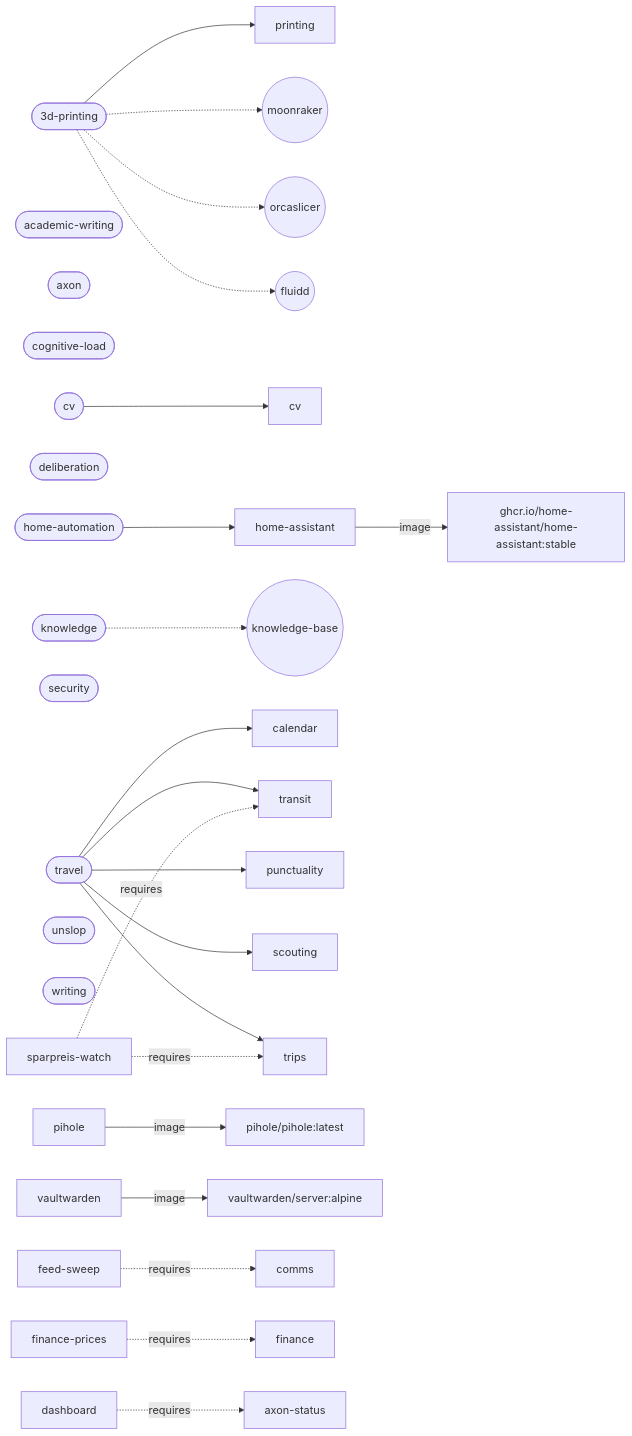
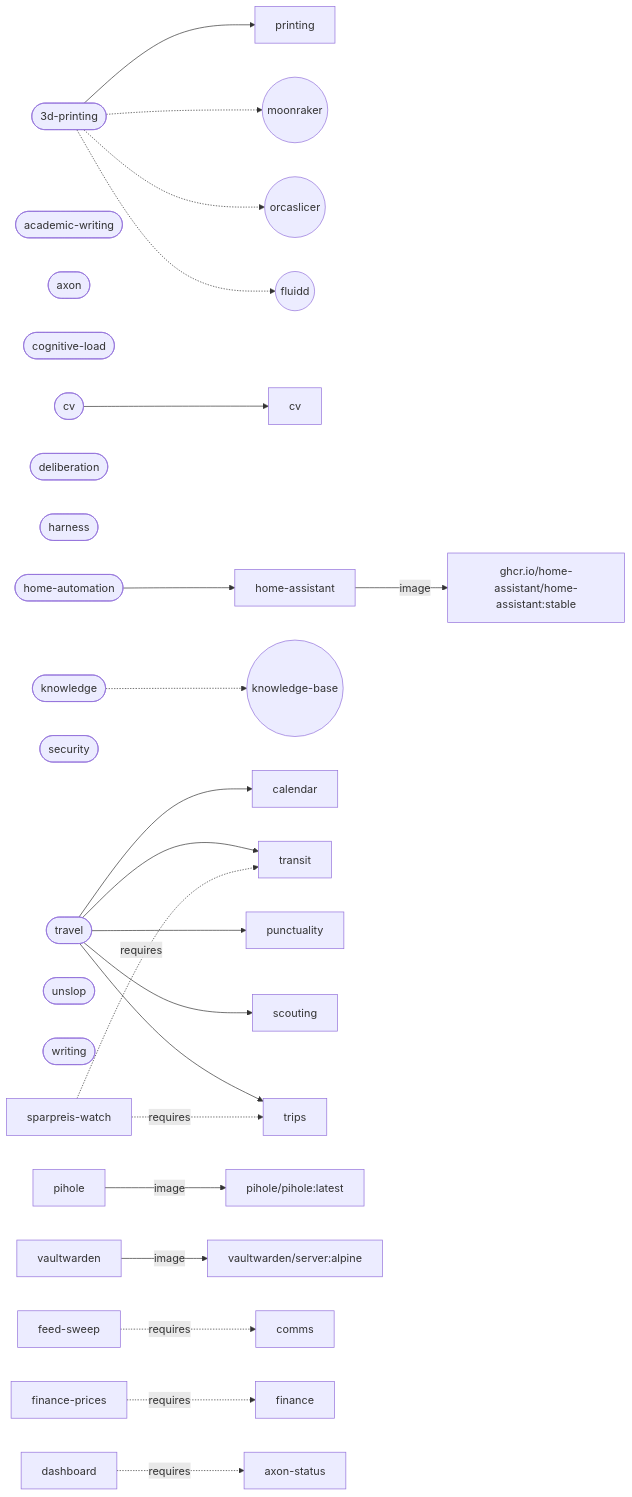
The diagram in ARCHITECTURE.md (larsboes/Axon), drawn with Mermaid before and after one commit. The commit also changed other lines of this file and 2 other files, not shown here.

````diff
--- a/ARCHITECTURE.md
+++ b/ARCHITECTURE.md
@@ -147,35 +148,36 @@
 ```mermaid
 flowchart LR
   pack_3d_printing(["3d-printing"])
   pack_3d_printing --> cap_printing["printing"]
   pack_3d_printing -.-> sys_moonraker(("moonraker"))
   pack_3d_printing -.-> sys_orcaslicer(("orcaslicer"))
   pack_3d_printing -.-> sys_fluidd(("fluidd"))
   pack_academic_writing(["academic-writing"])
   pack_axon(["axon"])
   pack_cognitive_load(["cognitive-load"])
   pack_cv(["cv"])
   pack_cv --> cap_cv["cv"]
   pack_deliberation(["deliberation"])
+  pack_harness(["harness"])
   pack_home_automation(["home-automation"])
   pack_home_automation --> cap_home_assistant["home-assistant"]
   pack_knowledge(["knowledge"])
   pack_knowledge -.-> sys_knowledge_base(("knowledge-base"))
   pack_security(["security"])
   pack_travel(["travel"])
   pack_travel --> cap_calendar["calendar"]
   pack_travel --> cap_transit["transit"]
   pack_travel --> cap_punctuality["punctuality"]
   pack_travel --> cap_scouting["scouting"]
   pack_travel --> cap_trips["trips"]
   pack_unslop(["unslop"])
   pack_writing(["writing"])
   cap_home_assistant["home-assistant"] -->|image| img_ghcr_io_home_assistant_home_assistant["ghcr.io/home-assistant/home-assistant:stable"]
   cap_pihole["pihole"] -->|image| img_pihole_pihole["pihole/pihole:latest"]
   cap_vaultwarden["vaultwarden"] -->|image| img_vaultwarden_server["vaultwarden/server:alpine"]
   cap_feed_sweep["feed-sweep"] -.->|requires| cap_comms["comms"]
   cap_finance_prices["finance-prices"] -.->|requires| cap_finance["finance"]
   cap_sparpreis_watch["sparpreis-watch"] -.->|requires| cap_transit["transit"]
   cap_sparpreis_watch["sparpreis-watch"] -.->|requires| cap_trips["trips"]
   cap_dashboard["dashboard"] -.->|requires| cap_axon_status["axon-status"]
 ```
````
